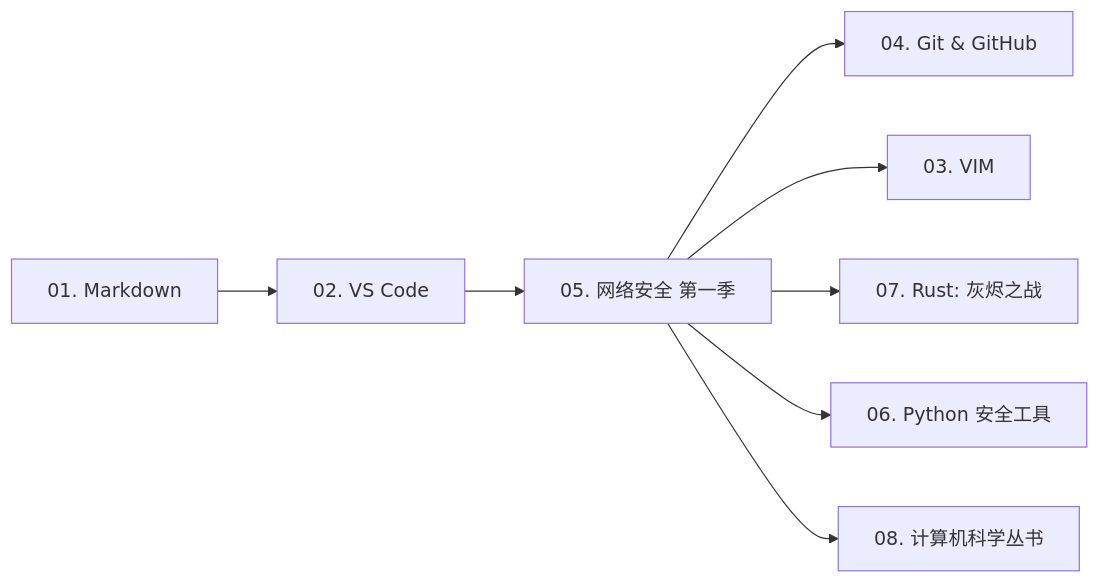
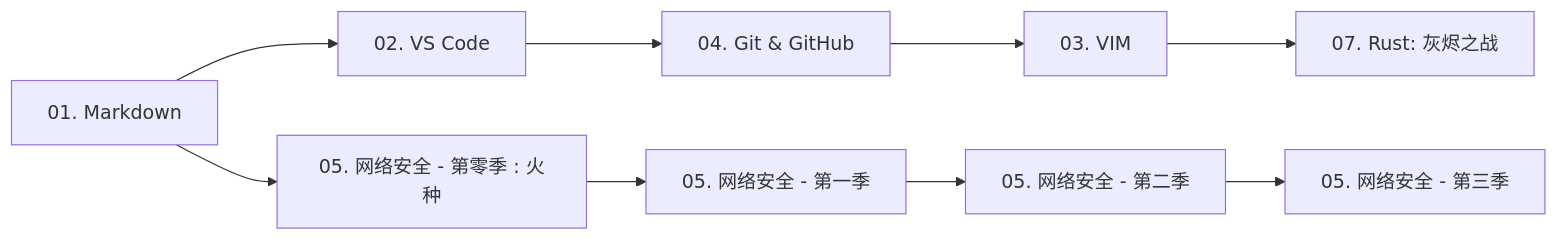
Before and after one commit to TheSilentOne-creator/The-Book-of-the-Night-Keeper: the first of 2 diagrams in README.md, drawn with Mermaid. The commit also changed other lines of this file and 2 other files, not shown here.

````diff
--- a/README.md
+++ b/README.md
@@ -158,10 +158,12 @@
 ```mermaid
 flowchart LR
     A[01. Markdown] --> B[02. VS Code]
-    B --> C[05. 网络安全 第一季]
-    C --> D[04. Git & GitHub]
-    C --> E[03. VIM]
-    C --> F[07. Rust: 灰烬之战]
-    C --> G[06. Python 安全工具]
-    C --> H[08. 计算机科学丛书]
+    A --> C[05. 网络安全 - 第零季 : 火种]
+    B --> D[04. Git & GitHub]
+    C --> E[05. 网络安全 - 第一季]
+    D --> F[03. VIM]
+    E --> G[05. 网络安全 - 第二季]
+    G --> H[05. 网络安全 - 第三季]
+    F --> I[07. Rust: 灰烬之战]
+    
 ```
````
